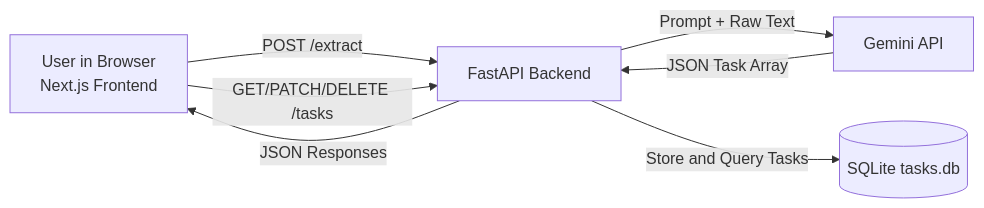
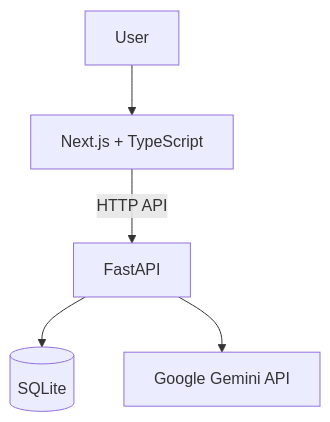
The diagram in README.md (Asadalk/ops-assistant), drawn with Mermaid before and after one commit. The commit also changed other lines of this file and 22 other files, not shown here.

````diff
--- a/README.md
+++ b/README.md
@@ -63,9 +17,7 @@
 ```mermaid
-flowchart LR
-  A[User in Browser\nNext.js Frontend] -->|POST /extract| B[FastAPI Backend]
-  A -->|GET/PATCH/DELETE /tasks| B
-  B -->|Prompt + Raw Text| C[Gemini API]
-  C -->|JSON Task Array| B
-  B -->|Store and Query Tasks| D[(SQLite tasks.db)]
-  B -->|JSON Responses| A
+flowchart TD
+  User --> Next[Next.js + TypeScript]
+  Next -->|HTTP API| API[FastAPI]
+  API --> DB[(SQLite)]
+  API --> Gemini[Google Gemini API]
 ```
````
